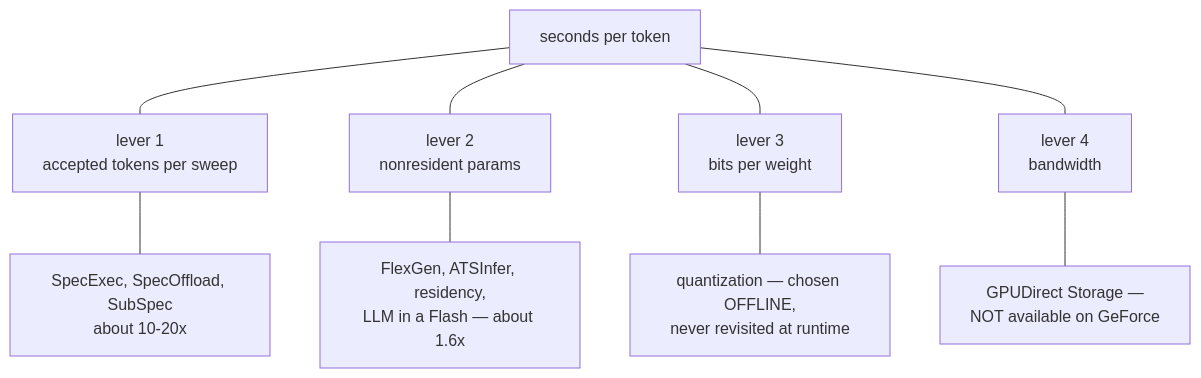
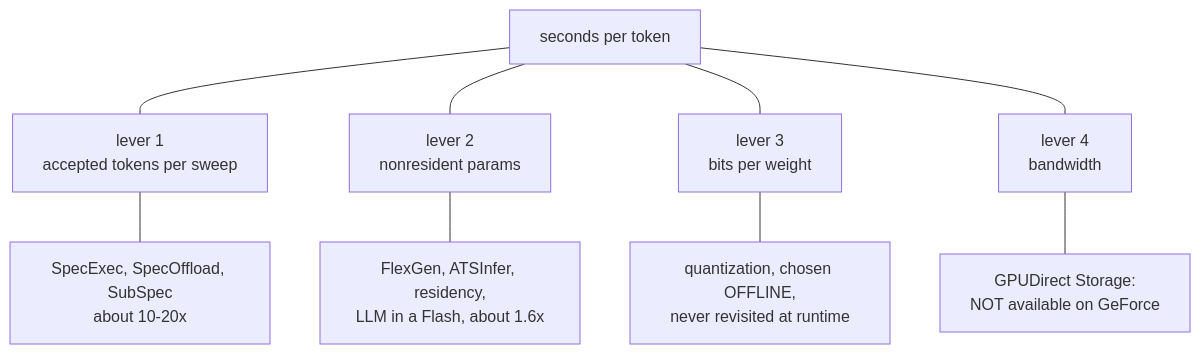
The sixth of 7 diagrams in docs/LITERATURE.md (oney-erge/Afterimage), drawn with Mermaid before and after one commit. The commit also changed other lines of this file and 150 other files, not shown here.

````diff
--- a/docs/LITERATURE.md
+++ b/docs/LITERATURE.md
@@ -218,13 +218,13 @@
 ```mermaid
 flowchart TD
     COST["seconds per token"]
     COST --- L1["lever 1<br/>accepted tokens per sweep"]
     COST --- L2["lever 2<br/>nonresident params"]
     COST --- L3["lever 3<br/>bits per weight"]
     COST --- L4["lever 4<br/>bandwidth"]
 
     L1 --- A1["SpecExec, SpecOffload, SubSpec<br/>about 10-20x"]
-    L2 --- A2["FlexGen, ATSInfer, residency,<br/>LLM in a Flash — about 1.6x"]
-    L3 --- A3["quantization — chosen OFFLINE,<br/>never revisited at runtime"]
-    L4 --- A4["GPUDirect Storage —<br/>NOT available on GeForce"]
+    L2 --- A2["FlexGen, ATSInfer, residency,<br/>LLM in a Flash, about 1.6x"]
+    L3 --- A3["quantization, chosen OFFLINE,<br/>never revisited at runtime"]
+    L4 --- A4["GPUDirect Storage:<br/>NOT available on GeForce"]
 ```
````
